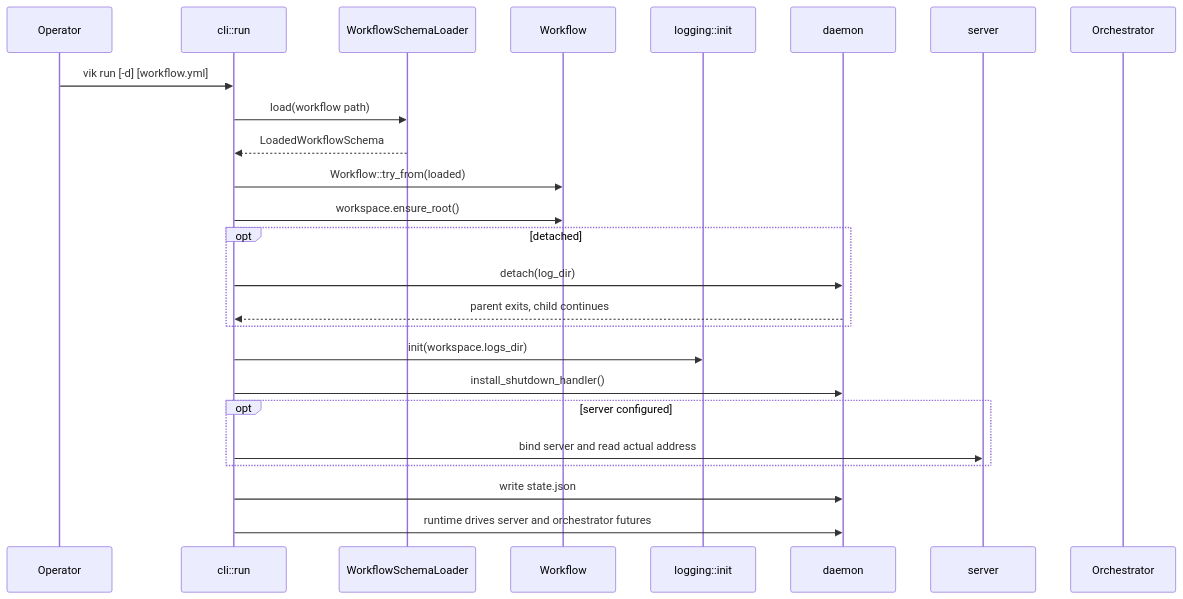
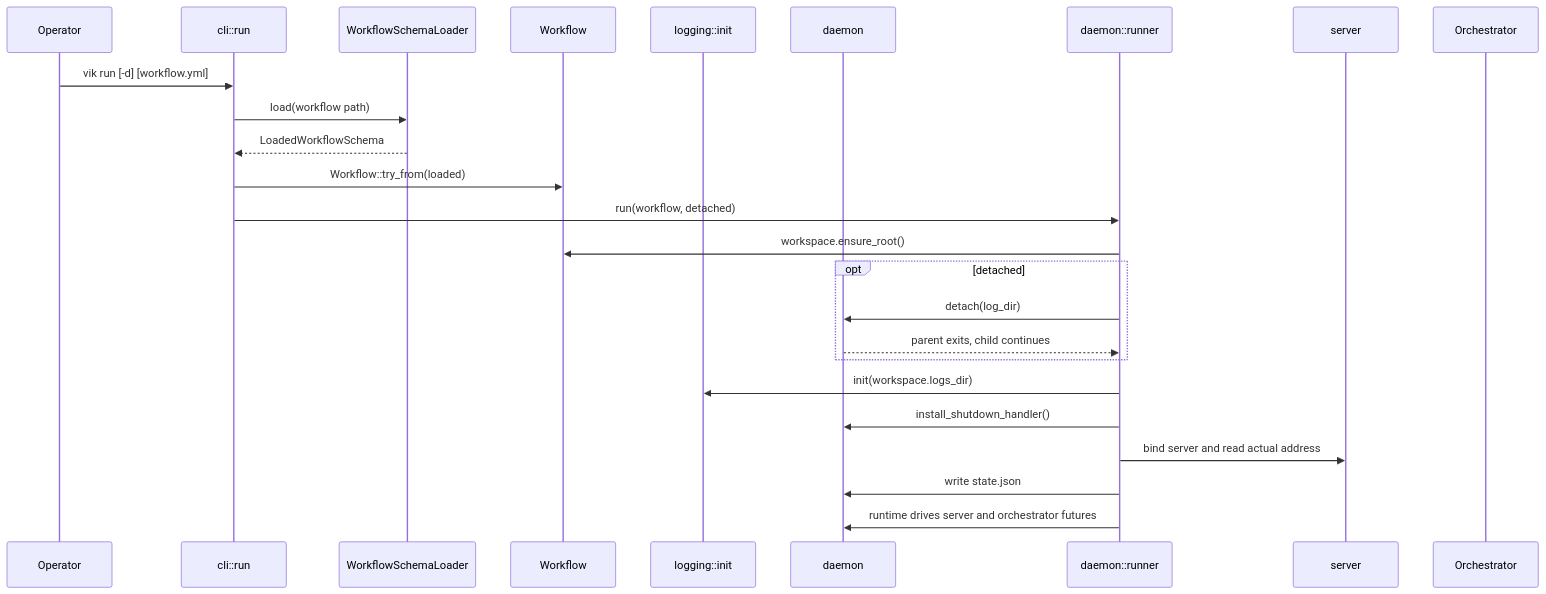
Before and after one commit to yii-labs/vik: the second of 2 diagrams in docs/development/architecture.md, drawn with Mermaid. The commit also changed other lines of this file and 12 other files, not shown here.

````diff
--- a/docs/development/architecture.md
+++ b/docs/development/architecture.md
@@ -107,28 +109,28 @@
 ```mermaid
 sequenceDiagram
     participant Op as Operator
     participant CLI as cli::run
     participant Loader as WorkflowSchemaLoader
     participant Wf as Workflow
     participant Log as logging::init
     participant D as daemon
+    participant DRun as daemon::runner
     participant S as server
     participant O as Orchestrator
 
     Op->>CLI: vik run [-d] [workflow.yml]
     CLI->>Loader: load(workflow path)
     Loader-->>CLI: LoadedWorkflowSchema
     CLI->>Wf: Workflow::try_from(loaded)
-    CLI->>Wf: workspace.ensure_root()
+    CLI->>DRun: run(workflow, detached)
+    DRun->>Wf: workspace.ensure_root()
     opt detached
-      CLI->>D: detach(log_dir)
-      D-->>CLI: parent exits, child continues
+      DRun->>D: detach(log_dir)
+      D-->>DRun: parent exits, child continues
     end
-    CLI->>Log: init(workspace.logs_dir)
-    CLI->>D: install_shutdown_handler()
-    opt server configured
-      CLI->>S: bind server and read actual address
-    end
-    CLI->>D: write state.json
-    CLI->>D: runtime drives server and orchestrator futures
+    DRun->>Log: init(workspace.logs_dir)
+    DRun->>D: install_shutdown_handler()
+    DRun->>S: bind server and read actual address
+    DRun->>D: write state.json
+    DRun->>D: runtime drives server and orchestrator futures
 ```
````
